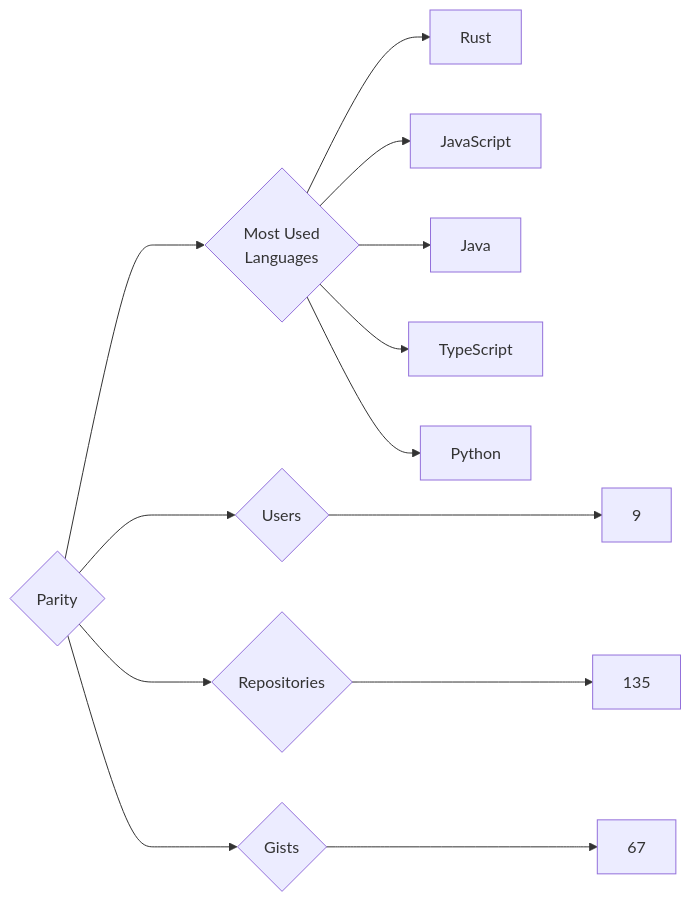
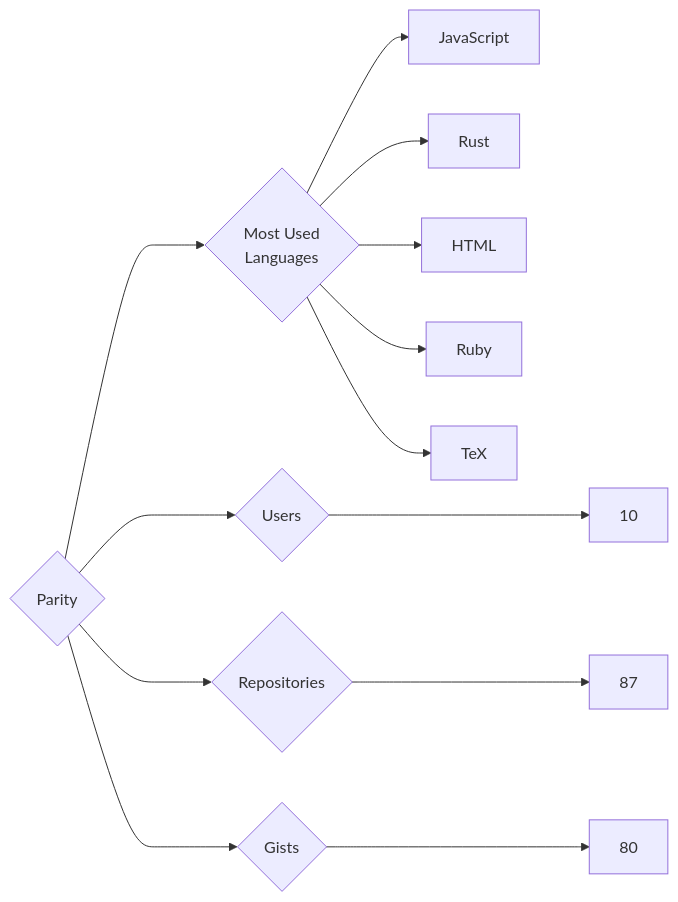
One commit to trickest/insiders changed the diagram in targets/Parity/README.md. Above: the diagram before and after it, drawn with Mermaid. The commit also changed 806 other files, not shown here.

````diff
--- a/targets/Parity/README.md
+++ b/targets/Parity/README.md
@@ -3,13 +3,13 @@
 ```mermaid
 graph LR
 COMPANY_NAME{Parity}
-COMPANY_NAME ---> U{Users} ---> UN[9]
-COMPANY_NAME ---> R{Repositories} ---> RN[135]
-COMPANY_NAME ---> G{Gists} ---> GN[67]
+COMPANY_NAME ---> U{Users} ---> UN[10]
+COMPANY_NAME ---> R{Repositories} ---> RN[87]
+COMPANY_NAME ---> G{Gists} ---> GN[80]
 COMPANY_NAME ---> ML{Most Used<br>Languages}
+ML --> JavaScript[JavaScript]
 ML --> Rust[Rust]
-ML --> JavaScript[JavaScript]
-ML --> Java[Java]
-ML --> TypeScript[TypeScript]
-ML --> Python[Python]
+ML --> HTML[HTML]
+ML --> Ruby[Ruby]
+ML --> TeX[TeX]
 ```
````
